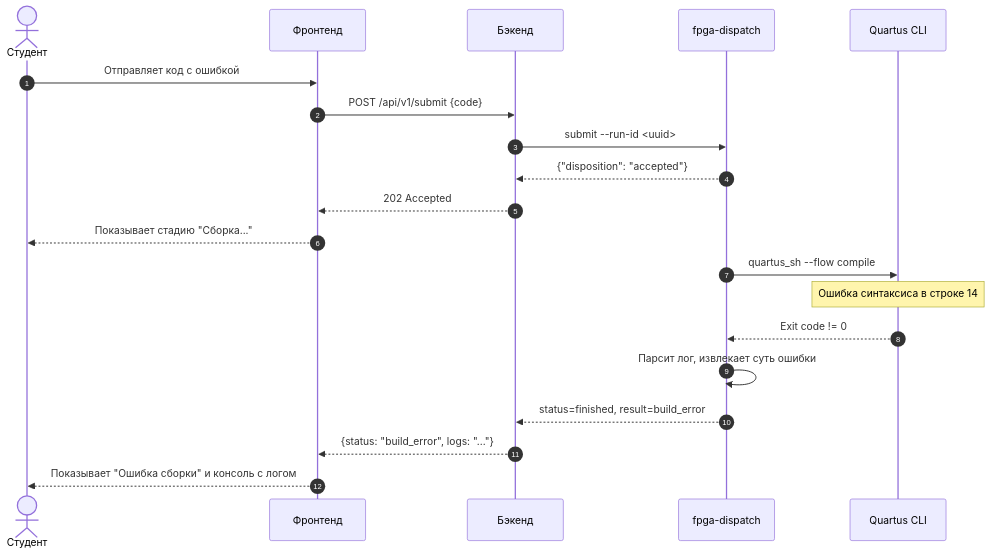
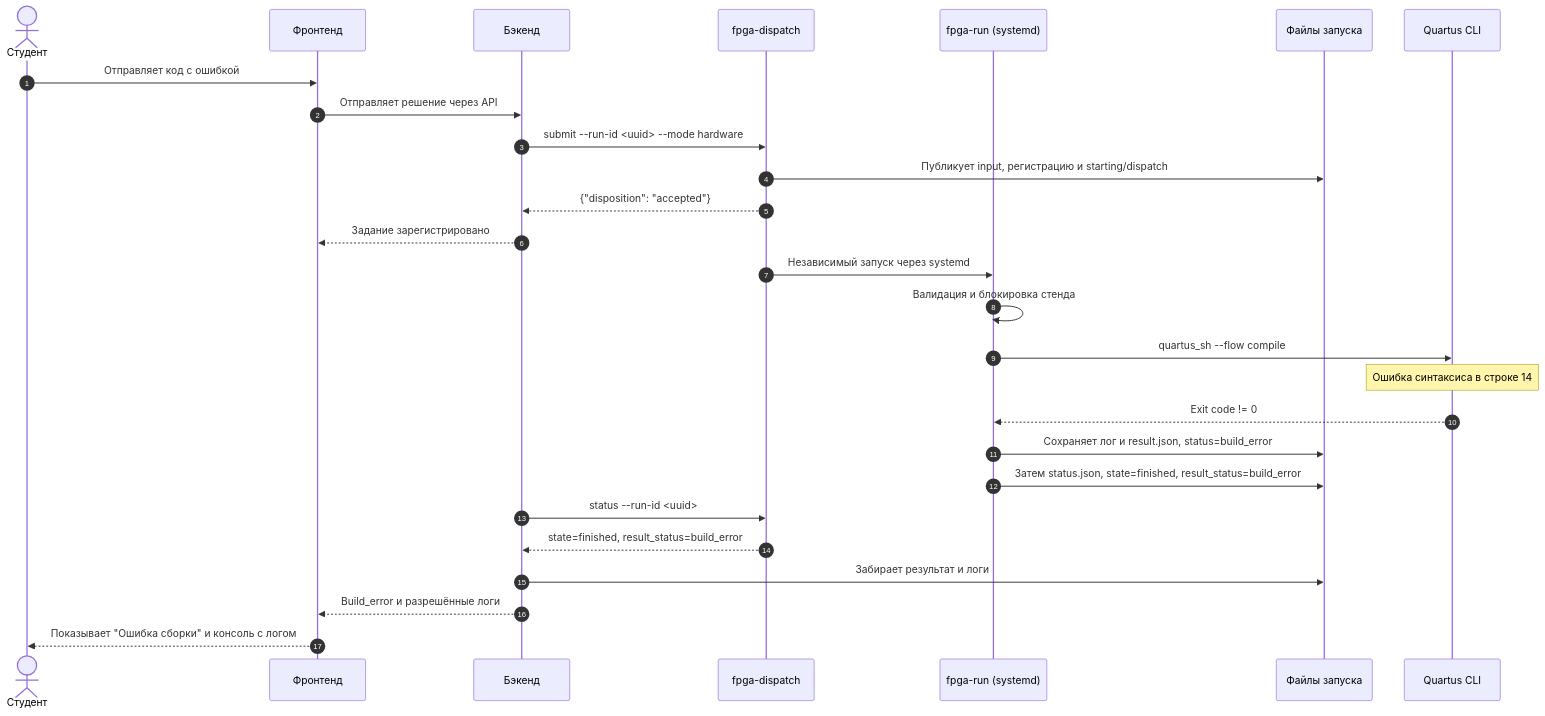
Before and after one commit to quevexvv/FPGA-online-platform: the second of 8 diagrams in docs/Diagrams.md, drawn with Mermaid. The commit also changed other lines of this file and 5 other files, not shown here.

````diff
--- a/docs/Diagrams.md
+++ b/docs/Diagrams.md
@@ -44,25 +60,32 @@
 ```mermaid
 sequenceDiagram
     autonumber
     actor Student as Студент
     participant FE as Фронтенд
     participant BE as Бэкенд
     participant Disp as fpga-dispatch
+    participant Run as fpga-run (systemd)
+    participant FS as Файлы запуска
     participant Quartus as Quartus CLI
 
     Student->>FE: Отправляет код с ошибкой
-    FE->>BE: POST /api/v1/submit {code}
-    BE->>Disp: submit --run-id <uuid>
+    FE->>BE: Отправляет решение через API
+    BE->>Disp: submit --run-id <uuid> --mode hardware
+    Disp->>FS: Публикует input, регистрацию и starting/dispatch
     Disp-->>BE: {"disposition": "accepted"}
-    BE-->>FE: 202 Accepted
-    FE-->>Student: Показывает стадию "Сборка..."
-    
-    Disp->>Quartus: quartus_sh --flow compile
+    BE-->>FE: Задание зарегистрировано
+    Disp->>Run: Независимый запуск через systemd
+    Run->>Run: Валидация и блокировка стенда
+
+    Run->>Quartus: quartus_sh --flow compile
     Note over Quartus: Ошибка синтаксиса в строке 14
-    Quartus-->>Disp: Exit code != 0
-    
-    Disp->>Disp: Парсит лог, извлекает суть ошибки
-    Disp-->>BE: status=finished, result=build_error
-    BE-->>FE: {status: "build_error", logs: "..."}
+    Quartus-->>Run: Exit code != 0
+
+    Run->>FS: Сохраняет лог и result.json, status=build_error
+    Run->>FS: Затем status.json, state=finished, result_status=build_error
+    BE->>Disp: status --run-id <uuid>
+    Disp-->>BE: state=finished, result_status=build_error
+    BE->>FS: Забирает результат и логи
+    BE-->>FE: Build_error и разрешённые логи
     FE-->>Student: Показывает "Ошибка сборки" и консоль с логом
 ```
````
